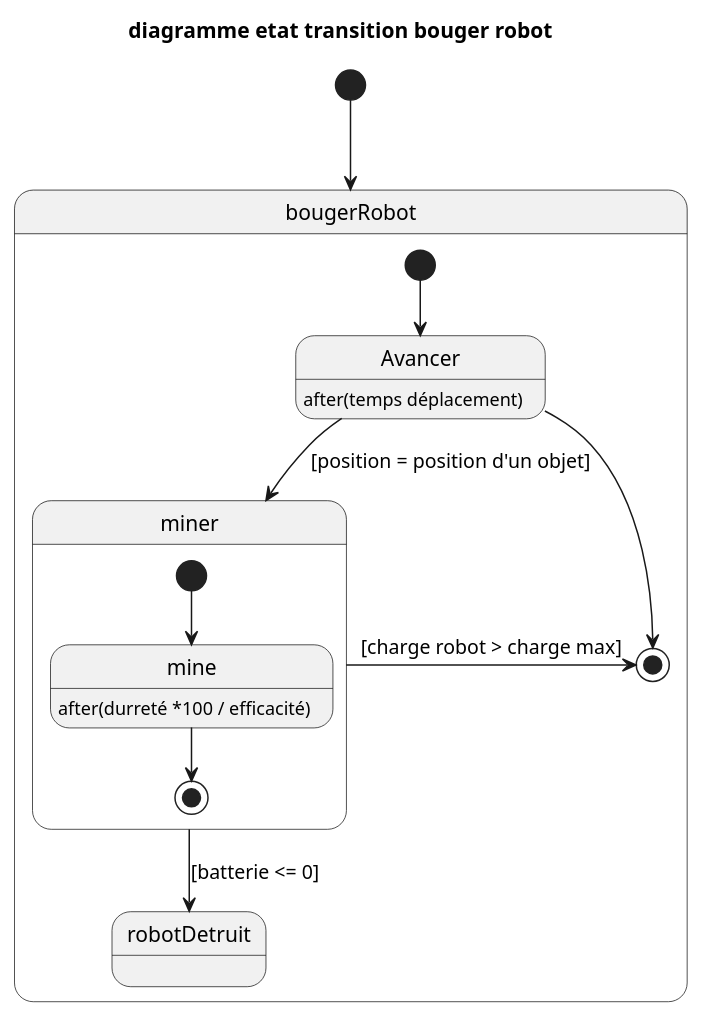
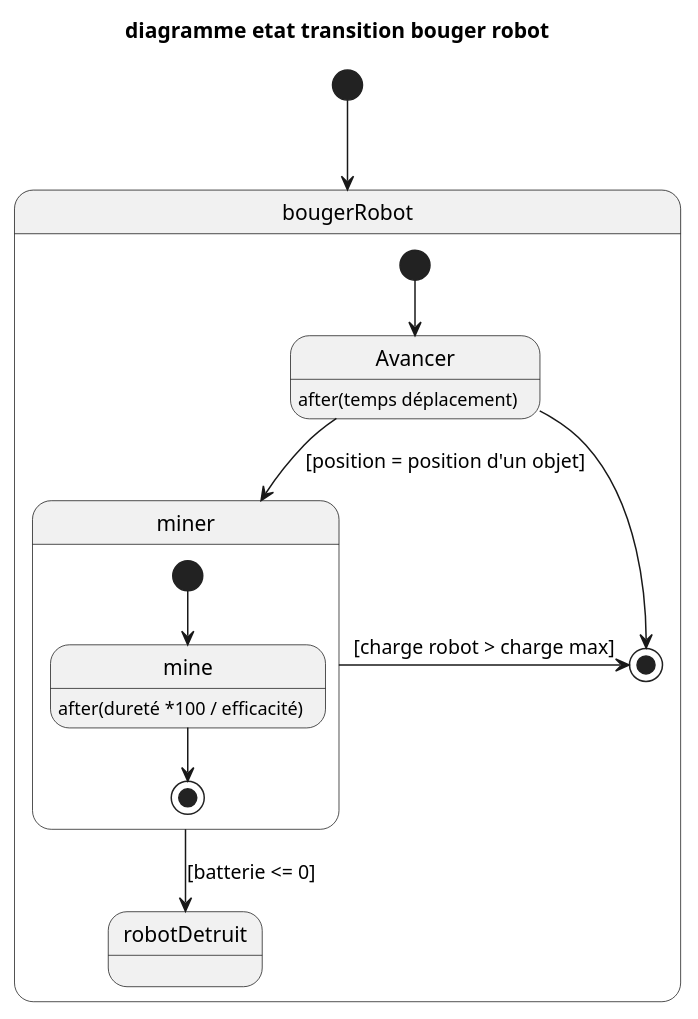
The third of 9 diagrams in files/uml/uml.wsd (AlphaBooy/Mars-Robot), drawn with PlantUML before and after one commit. The commit also changed other lines of this file and 17 other files, not shown here.

Commit message:
♻️ update diagrammes and add compteRendu

```diff
--- a/files/uml/uml.wsd
+++ b/files/uml/uml.wsd
@@ -150,17 +164,17 @@
 @startuml digrammeEtatTransition_bougerRobot
 title diagramme etat transition bouger robot
 [*] --> bougerRobot 
 state bougerRobot {
     state Avancer: after(temps déplacement)
     [*] --> Avancer
     Avancer --> miner : [position = position d'un objet]
     Avancer --> [*]
     state miner {
         [*] --> mine 
-        mine : after(durreté *100 / efficacité)
+        mine : after(dureté *100 / efficacité)
         mine --> [*]
     }
     miner -> [*] : [charge robot > charge max]
     miner --> robotDetruit : [batterie <= 0]
 }
 @enduml
```
